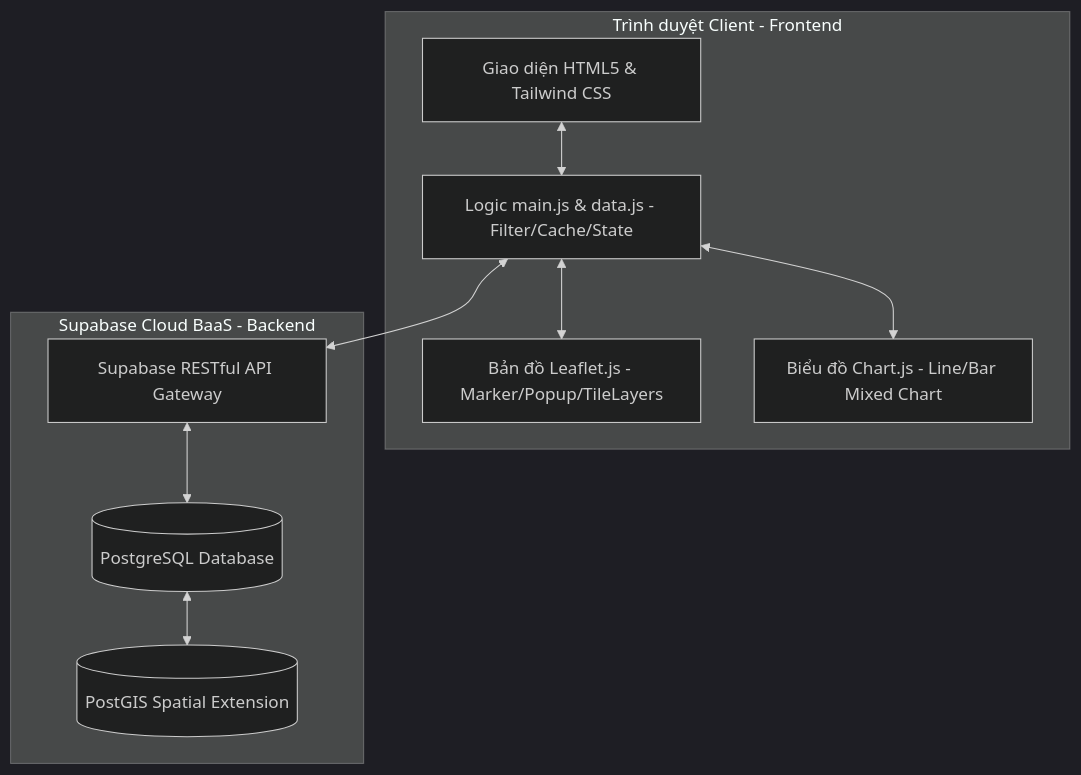
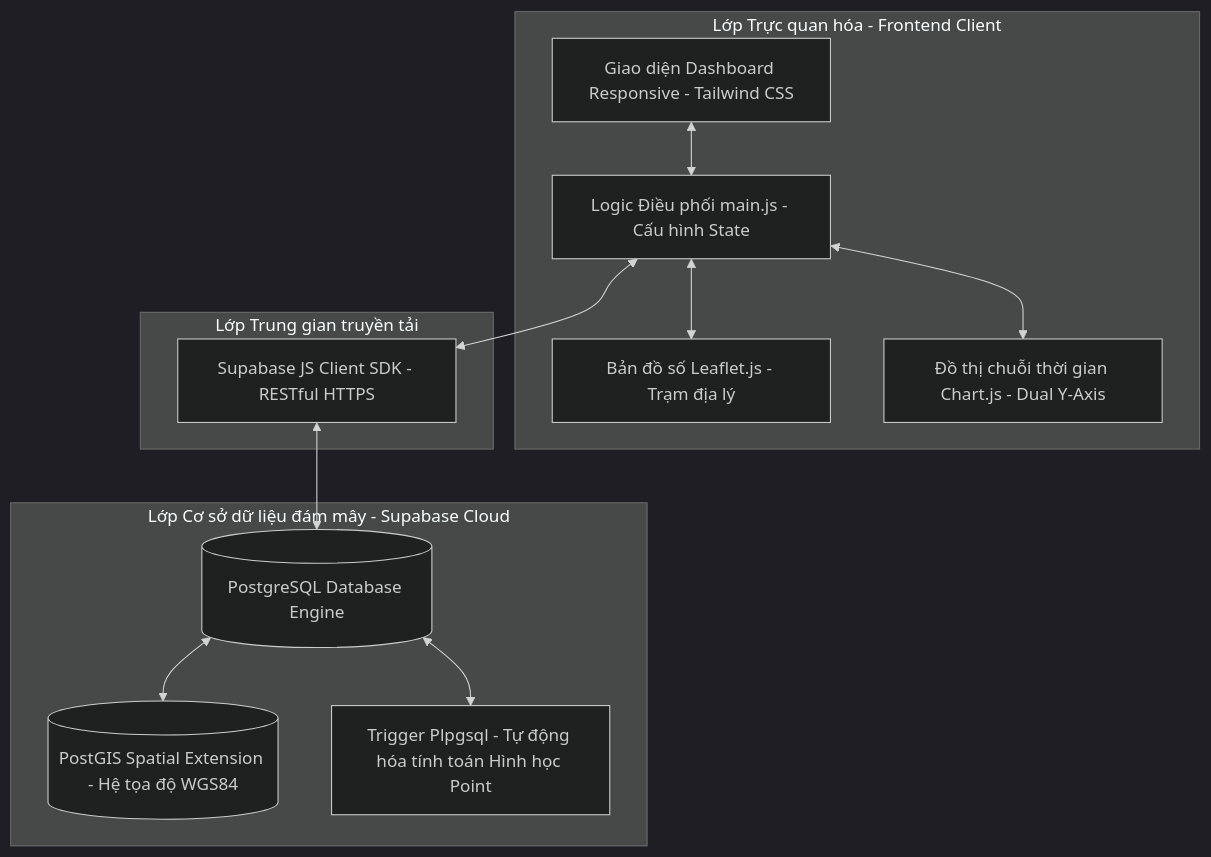
The first of 2 diagrams in README.md (chuvitvang/WebGIS_dashboad_thuyvan), drawn with Mermaid (dark theme) before and after one commit. The commit also changed other lines of this file and 4 other files, not shown here.

````diff
--- a/README.md
+++ b/README.md
@@ -25,22 +43,27 @@
 ```mermaid
 graph TD
-    subgraph Client [Trình duyệt Client - Frontend]
-        HTML[Giao diện HTML5 & Tailwind CSS]
-        Leaflet[Bản đồ Leaflet.js - Marker/Popup/TileLayers]
-        ChartJS[Biểu đồ Chart.js - Line/Bar Mixed Chart]
-        JS[Logic main.js & data.js - Filter/Cache/State]
+    subgraph Client [Lớp Trực quan hóa - Frontend Client]
+        UI[Giao diện Dashboard Responsive - Tailwind CSS]
+        Leaflet[Bản đồ số Leaflet.js - Trạm địa lý]
+        ChartJS[Đồ thị chuỗi thời gian Chart.js - Dual Y-Axis]
+        JS[Logic Điều phối main.js - Cấu hình State]
     end
 
-    subgraph Cloud [Supabase Cloud BaaS - Backend]
-        API[Supabase RESTful API Gateway]
-        DB[(PostgreSQL Database)]
-        GIS[(PostGIS Spatial Extension)]
+    subgraph API_Gateway [Lớp Trung gian truyền tải]
+        REST[Supabase JS Client SDK - RESTful HTTPS]
     end
 
-    HTML <--> JS
+    subgraph Server [Lớp Cơ sở dữ liệu đám mây - Supabase Cloud]
+        DB[(PostgreSQL Database Engine)]
+        GIS[(PostGIS Spatial Extension - Hệ tọa độ WGS84)]
+        Trig[Trigger Plpgsql - Tự động hóa tính toán Hình học Point]
+    end
+
+    UI <--> JS
     JS <--> Leaflet
     JS <--> ChartJS
-    JS <--> API
-    API <--> DB
+    JS <--> REST
+    REST <--> DB
     DB <--> GIS
+    DB <--> Trig
 ```
````
